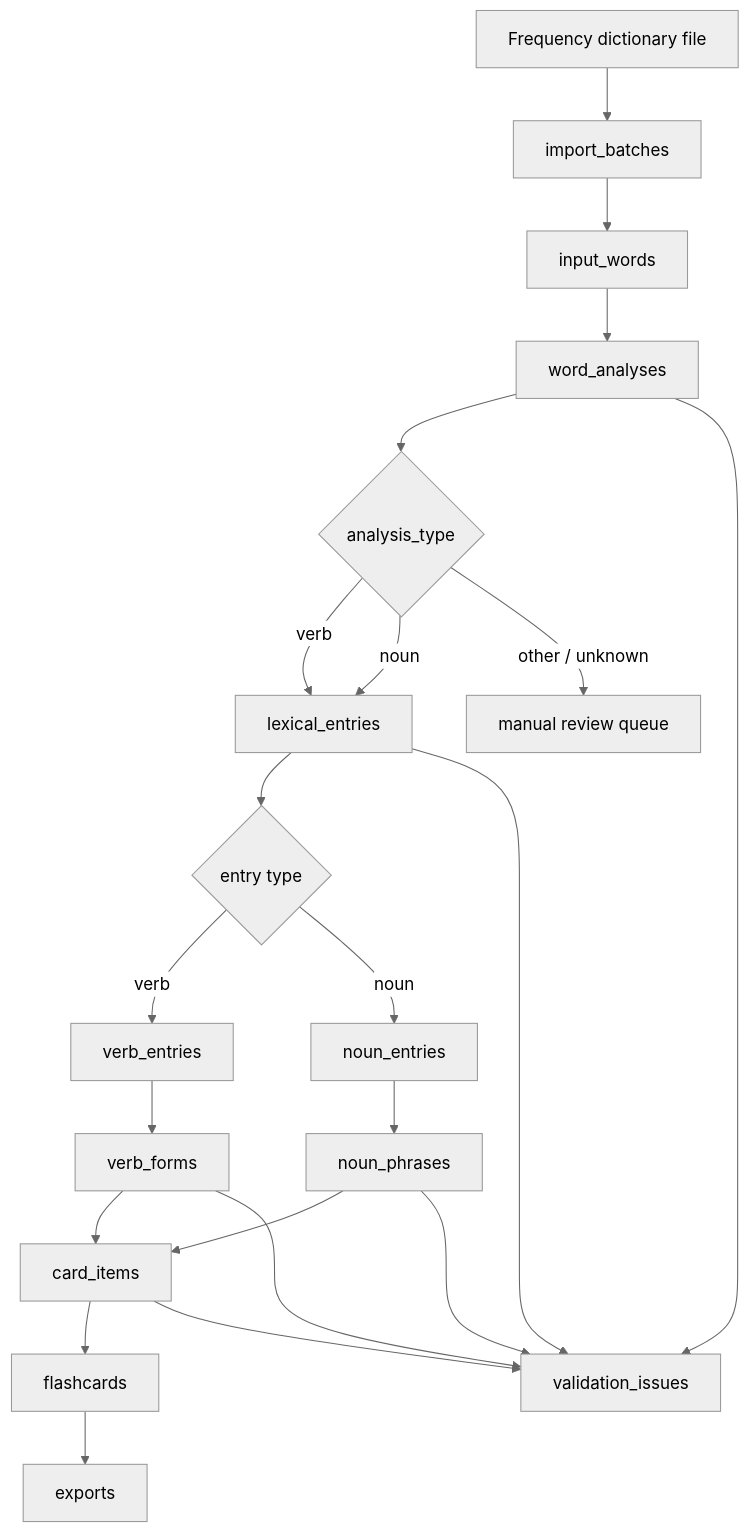
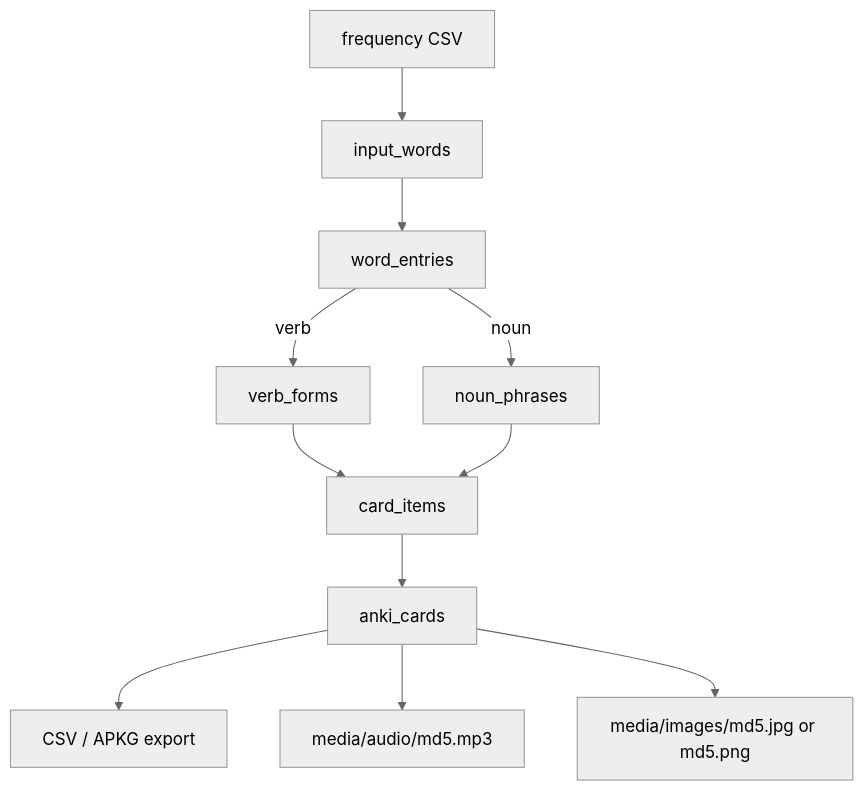
One commit to cameronengineer/italian-flashcards changed the first of 2 diagrams in README.md. Above: the diagram before and after it, drawn with Mermaid (neutral theme). The commit also changed other lines of this file and 5 other files, not shown here.

````diff
--- a/README.md
+++ b/README.md
@@ -20,29 +112,14 @@
 ```mermaid
 flowchart TD
-    A[Frequency dictionary file] --> B[import_batches]
-    B --> C[input_words]
-    C --> D[word_analyses]
+    A[frequency CSV] --> B[input_words]
+    B --> C[word_entries]
+    C -->|verb| D[verb_forms]
+    C -->|noun| E[noun_phrases]
+    D --> F[card_items]
+    E --> F
+    F --> G[anki_cards]
+    G --> H[CSV / APKG export]
 
-    D --> E{analysis_type}
-    E -->|verb| F[lexical_entries]
-    E -->|noun| F
-    E -->|other / unknown| G[manual review queue]
-
-    F --> H{entry type}
-    H -->|verb| I[verb_entries]
-    H -->|noun| J[noun_entries]
-
-    I --> K[verb_forms]
-    J --> L[noun_phrases]
-
-    K --> M[card_items]
-    L --> M
-    M --> N[flashcards]
-    N --> O[exports]
-
-    D --> P[validation_issues]
-    F --> P
-    K --> P
-    L --> P
-    M --> P
+    G --> I[media/audio/md5.mp3]
+    G --> J[media/images/md5.jpg or md5.png]
 ```
````
